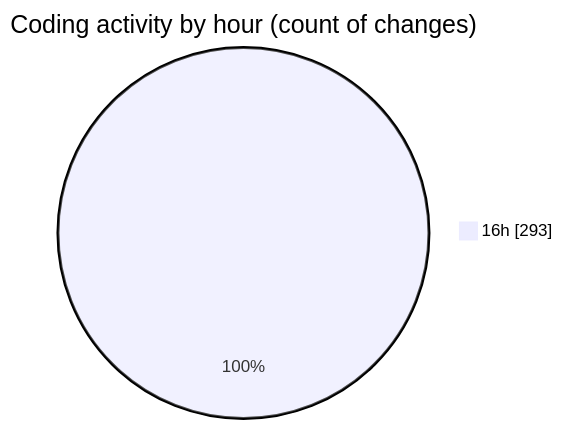
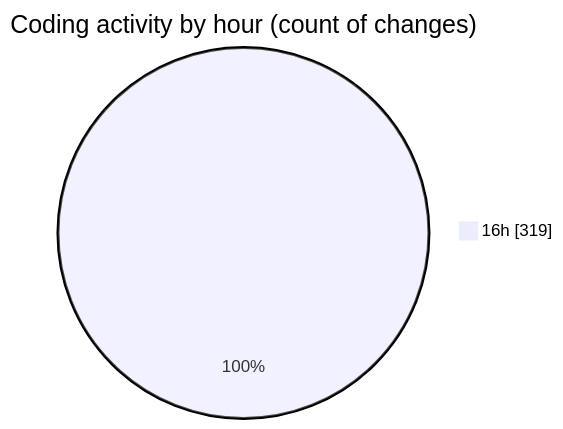
Before and after one commit to nxtqubesakshisongat/code-tracking: the second of 2 diagrams in 2025-04-11/nxtqube_webapp/README.md, drawn with Mermaid. The commit also changed other lines of this file and 1 other file, not shown here.

````diff
--- a/2025-04-11/nxtqube_webapp/README.md
+++ b/2025-04-11/nxtqube_webapp/README.md
@@ -33,5 +33,5 @@
 ```mermaid
 pie showData
 title Coding activity by hour (count of changes)
-"16h" : 293
+"16h" : 319
 ```
````
